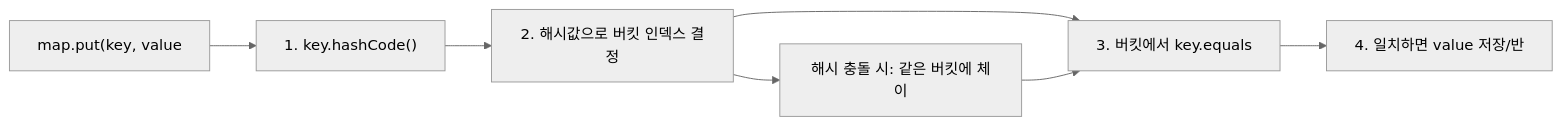
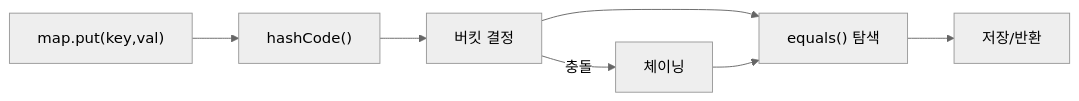
Before and after one commit to yjkim2015/yjkim2015.github.io: the third of 6 diagrams in _posts/java/2026-05-01-java-object-class.md, drawn with Mermaid (neutral theme). The commit also changed other lines of this file and 245 other files, not shown here.

First line of the commit message:
Mermaid 다이어그램 전면 수정 + 면접 포인트 접기/펼치기 + DB 데드락 페이지

````diff
--- a/_posts/java/2026-05-01-java-object-class.md
+++ b/_posts/java/2026-05-01-java-object-class.md
@@ -294,11 +294,9 @@
 ```mermaid
 graph LR
-    PUT["map.put(key, value"]
-    HASH["1. key.hashCode()"]
-    BUCKET["2. 해시값으로 버킷 인덱스 결정"]
-    EQUALS["3. 버킷에서 key.equals"]
-    STORE["4. 일치하면 value 저장/반"]
-    CHAIN["해시 충돌 시: 같은 버킷에 체이"]
-    PUT --> HASH --> BUCKET --> EQUALS --> STORE
-    BUCKET --> CHAIN --> EQUALS
+    PUT["map.put(key,val)"] --> HASH["hashCode()"]
+    HASH --> BUCKET["버킷 결정"]
+    BUCKET -->|"충돌"| CHAIN["체이닝"]
+    BUCKET --> EQUALS["equals() 탐색"]
+    CHAIN --> EQUALS
+    EQUALS --> STORE["저장/반환"]
 ```
````
